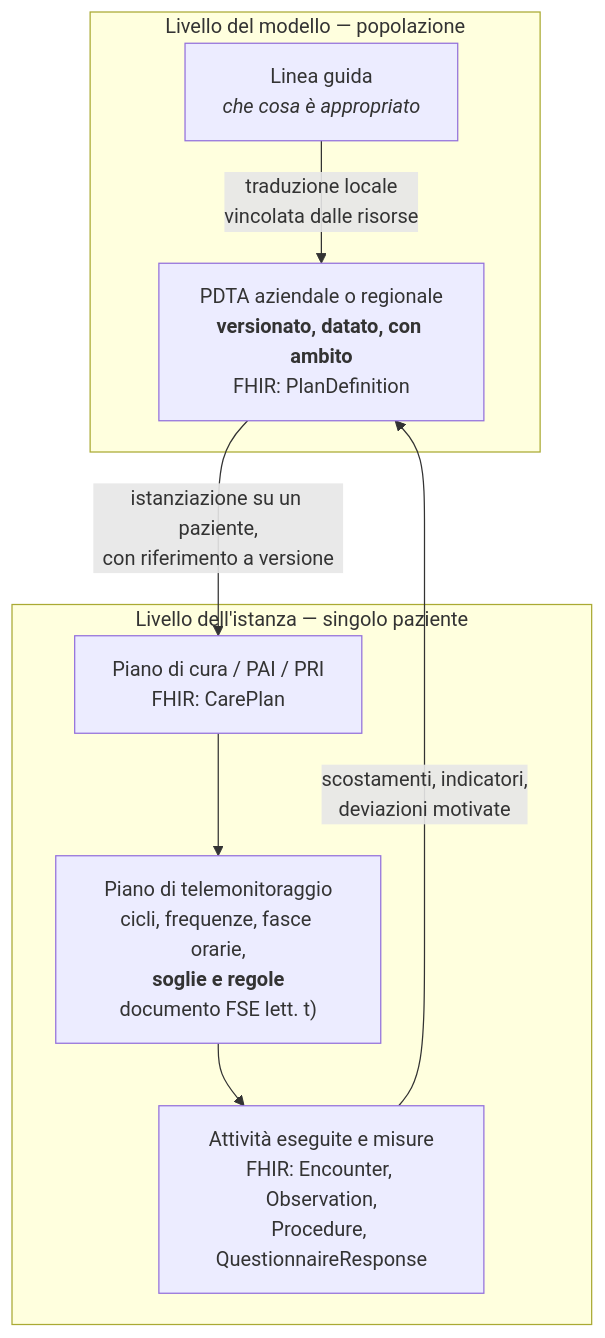
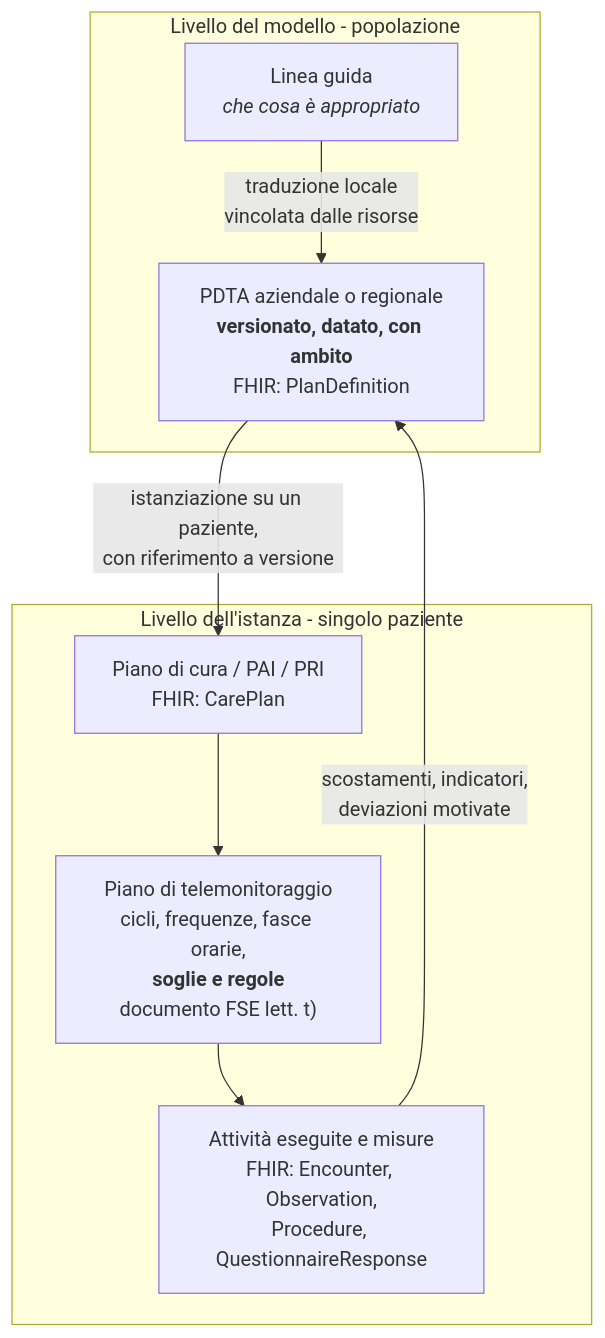
One commit to fedcal/Telemedic changed the second of 5 diagrams in docs/10_fondamenti/10-percorsi-di-cura-e-sicurezza.md. Above: the diagram before and after it, drawn with Mermaid. The commit also changed other lines of this file and 301 other files, not shown here.

````diff
--- a/docs/10_fondamenti/10-percorsi-di-cura-e-sicurezza.md
+++ b/docs/10_fondamenti/10-percorsi-di-cura-e-sicurezza.md
@@ -543,17 +543,17 @@
 ```mermaid
 flowchart TB
-    subgraph MOD["Livello del modello — popolazione"]
+    subgraph MOD["Livello del modello - popolazione"]
         LG["Linea guida<br/><i>che cosa è appropriato</i>"]
         PDTA["PDTA aziendale o regionale<br/><b>versionato, datato, con ambito</b><br/>FHIR: PlanDefinition"]
         LG -->|traduzione locale<br/>vincolata dalle risorse| PDTA
     end
-    subgraph IST["Livello dell'istanza — singolo paziente"]
+    subgraph IST["Livello dell'istanza - singolo paziente"]
         PC["Piano di cura / PAI / PRI<br/>FHIR: CarePlan"]
         PTM["Piano di telemonitoraggio<br/>cicli, frequenze, fasce orarie,<br/><b>soglie e regole</b><br/>documento FSE lett. t)"]
         ATT["Attività eseguite e misure<br/>FHIR: Encounter, Observation,<br/>Procedure, QuestionnaireResponse"]
         PC --> PTM
         PTM --> ATT
     end
     PDTA -->|istanziazione su un paziente,<br/>con riferimento a versione| PC
     ATT -->|scostamenti, indicatori,<br/>deviazioni motivate| PDTA
 ```
````
